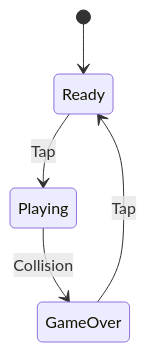
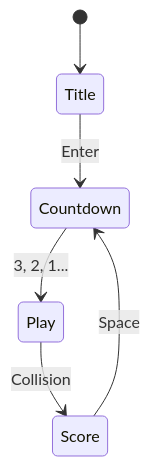
The second of 2 diagrams in src/content/docs/sessions/02-flappy-bird.md (Metamate/gar), drawn with Mermaid before and after one commit. The commit also changed other lines of this file and 20 other files, not shown here.

````diff
--- a/src/content/docs/sessions/02-flappy-bird.md
+++ b/src/content/docs/sessions/02-flappy-bird.md
@@ -41,7 +111,8 @@
 ```mermaid
 stateDiagram-v2
-    [*] --> Ready
-    Ready --> Playing : Tap
-    Playing --> GameOver : Collision
-    GameOver --> Ready : Tap
+    [*] --> Title
+    Title --> Countdown : Enter
+    Countdown --> Play : 3, 2, 1...
+    Play --> Score : Collision
+    Score --> Countdown : Space
 ```
````
